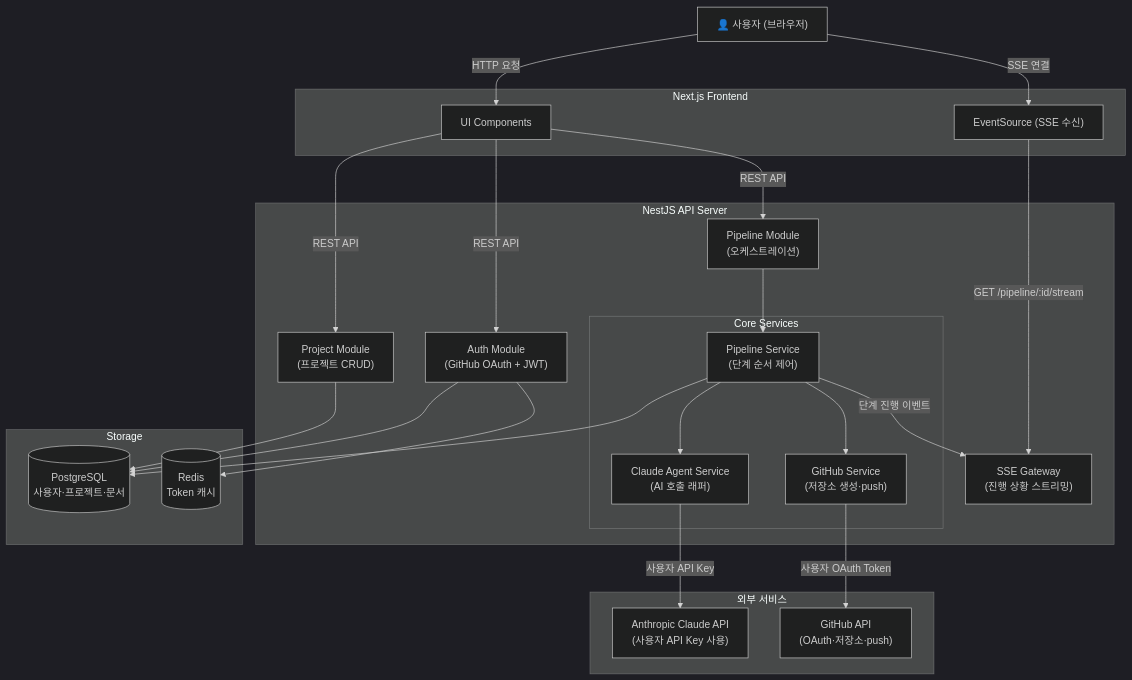
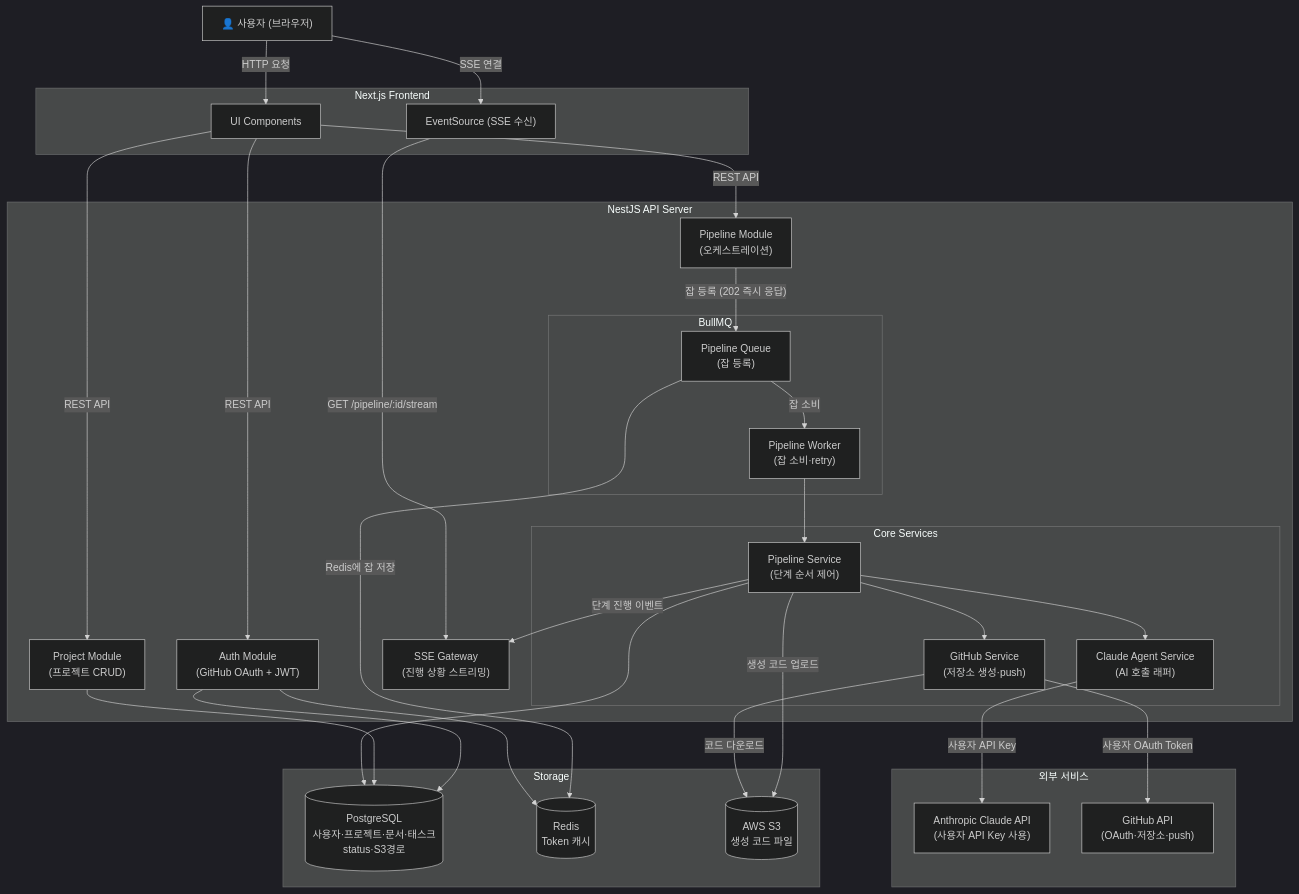
One commit to Gomdadi/mvp-builder changed the diagram in docs/03/system-architecture.md. Above: the diagram before and after it, drawn with Mermaid (dark theme). The commit also changed other lines of this file and 1 other file, not shown here.

Commit message:
New System Architecture

````diff
--- a/docs/03/system-architecture.md
+++ b/docs/03/system-architecture.md
@@ -21,52 +24,63 @@
 ```mermaid
 graph TD
     User["👤 사용자 (브라우저)"]
 
     subgraph Frontend ["Next.js Frontend"]
         UI["UI Components"]
         SSEClient["EventSource (SSE 수신)"]
     end
 
     subgraph Backend ["NestJS API Server"]
         AuthModule["Auth Module\n(GitHub OAuth + JWT)"]
         ProjectModule["Project Module\n(프로젝트 CRUD)"]
         PipelineModule["Pipeline Module\n(오케스트레이션)"]
         SSEGateway["SSE Gateway\n(진행 상황 스트리밍)"]
 
+        subgraph Queue ["BullMQ"]
+            BullQueue["Pipeline Queue\n(잡 등록)"]
+            BullWorker["Pipeline Worker\n(잡 소비·retry)"]
+        end
+
         subgraph Services ["Core Services"]
             PipelineService["Pipeline Service\n(단계 순서 제어)"]
             ClaudeService["Claude Agent Service\n(AI 호출 래퍼)"]
             GitHubService["GitHub Service\n(저장소 생성·push)"]
         end
     end
 
     subgraph Storage ["Storage"]
-        PostgreSQL[("PostgreSQL\n사용자·프로젝트·문서")]
+        PostgreSQL[("PostgreSQL\n사용자·프로젝트·문서·태스크status·S3경로")]
         Redis[("Redis\nToken 캐시")]
+        S3[("AWS S3\n생성 코드 파일")]
     end
 
     subgraph External ["외부 서비스"]
         ClaudeAPI["Anthropic Claude API\n(사용자 API Key 사용)"]
         GitHubAPI["GitHub API\n(OAuth·저장소·push)"]
     end
 
     User -->|"HTTP 요청"| UI
     User -->|"SSE 연결"| SSEClient
     UI -->|"REST API"| AuthModule
     UI -->|"REST API"| ProjectModule
     UI -->|"REST API"| PipelineModule
     SSEClient -->|"GET /pipeline/:id/stream"| SSEGateway
 
-    PipelineModule --> PipelineService
+    PipelineModule -->|"잡 등록 (202 즉시 응답)"| BullQueue
+    BullQueue -->|"Redis에 잡 저장"| Redis
+    BullQueue -->|"잡 소비"| BullWorker
+    BullWorker --> PipelineService
     PipelineService --> ClaudeService
     PipelineService --> GitHubService
     PipelineService -->|"단계 진행 이벤트"| SSEGateway
 
     ClaudeService -->|"사용자 API Key"| ClaudeAPI
     GitHubService -->|"사용자 OAuth Token"| GitHubAPI
 
     AuthModule --> PostgreSQL
     AuthModule --> Redis
     ProjectModule --> PostgreSQL
     PipelineService --> PostgreSQL
+    PipelineService -->|"생성 코드 업로드"| S3
+    GitHubService -->|"코드 다운로드"| S3
 ```
````
